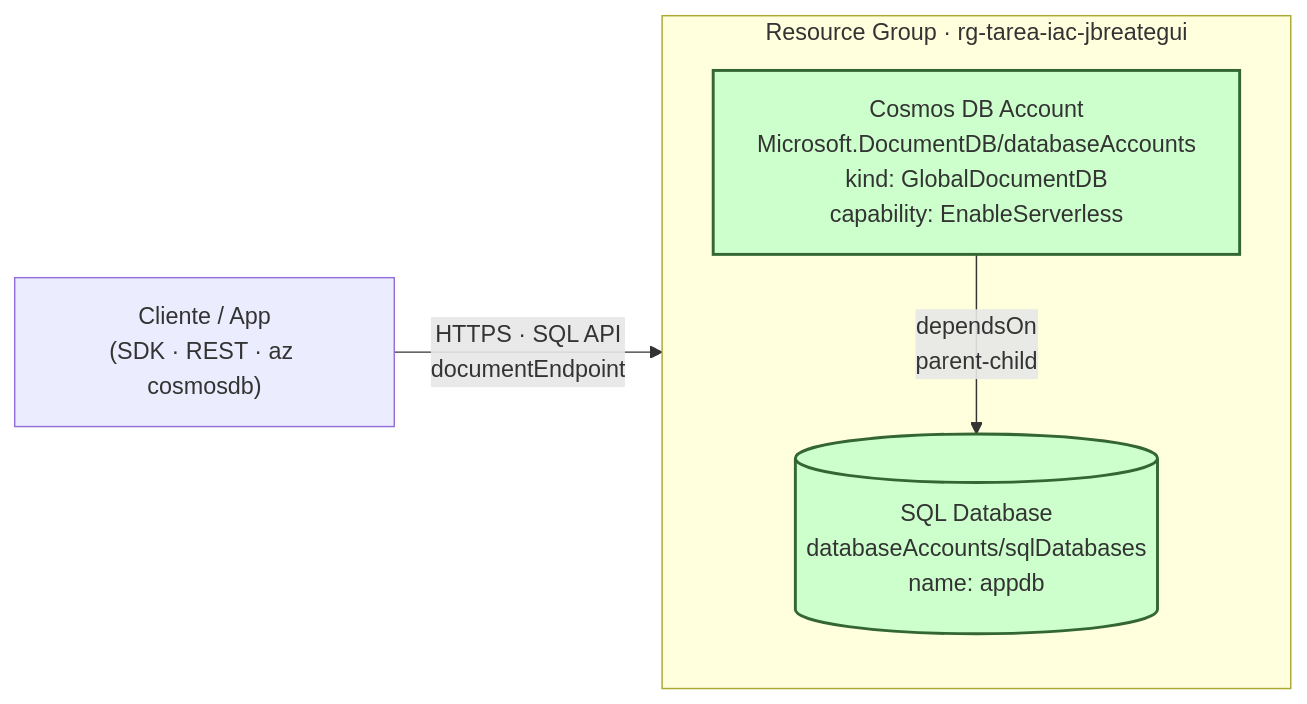
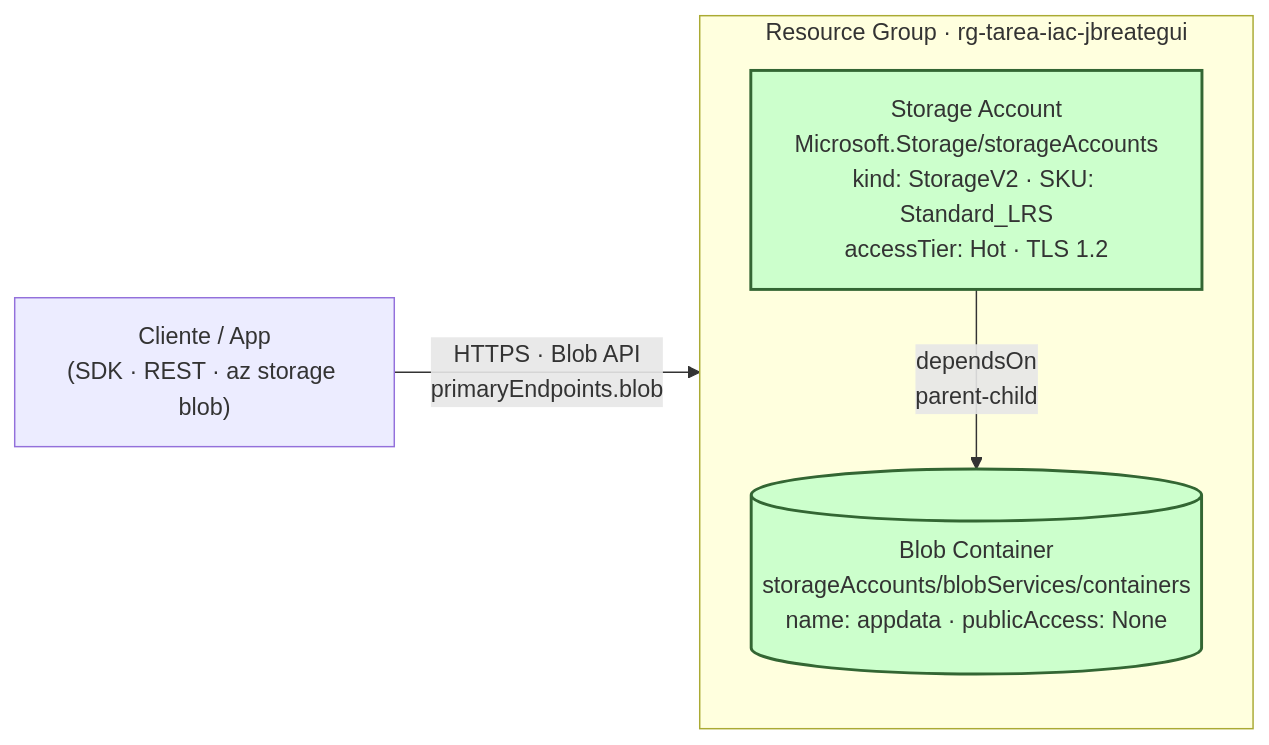
One commit to jbreategui/tarea-iac-nativo changed the diagram in azure-arm-cosmos/README.md. Above: the diagram before and after it, drawn with Mermaid. The commit also changed other lines of this file and 3 other files, not shown here.

Commit message:
fix(arm): pivotar de Cosmos DB a Storage Account + Blob Container por capacidad

````diff
--- a/azure-arm-cosmos/README.md
+++ b/azure-arm-cosmos/README.md
@@ -16,14 +16,14 @@
 ```mermaid
 flowchart LR
-    Client["Cliente / App<br/>(SDK · REST · az cosmosdb)"]
+    Client["Cliente / App<br/>(SDK · REST · az storage blob)"]
     subgraph RG["Resource Group · rg-tarea-iac-jbreategui"]
         direction TB
-        Account["Cosmos DB Account<br/>Microsoft.DocumentDB/databaseAccounts<br/>kind: GlobalDocumentDB<br/>capability: EnableServerless"]
-        DB[("SQL Database<br/>databaseAccounts/sqlDatabases<br/>name: appdb")]
-        Account -->|dependsOn<br/>parent-child| DB
+        Account["Storage Account<br/>Microsoft.Storage/storageAccounts<br/>kind: StorageV2 · SKU: Standard_LRS<br/>accessTier: Hot · TLS 1.2"]
+        Container[("Blob Container<br/>storageAccounts/blobServices/containers<br/>name: appdata · publicAccess: None")]
+        Account -->|dependsOn<br/>parent-child| Container
     end
-    Client -->|HTTPS · SQL API<br/>documentEndpoint| Account
+    Client -->|HTTPS · Blob API<br/>primaryEndpoints.blob| Account
 
     classDef principal fill:#cfc,stroke:#363,stroke-width:2px
-    class Account,DB principal
+    class Account,Container principal
 ```
````
